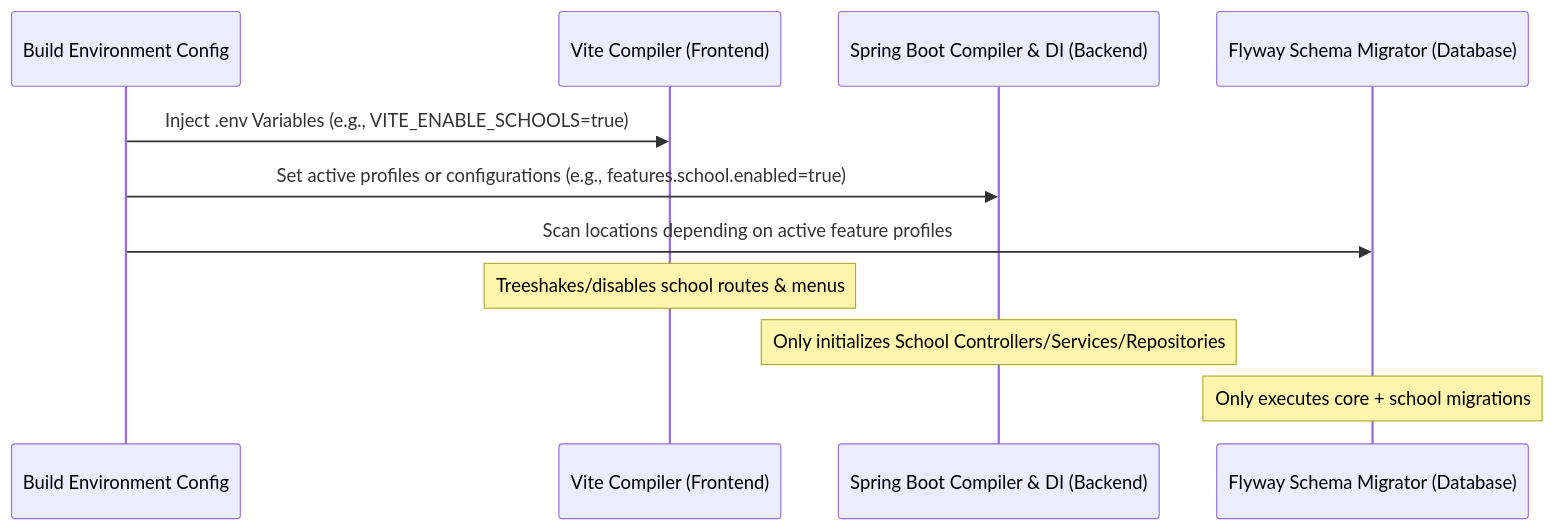
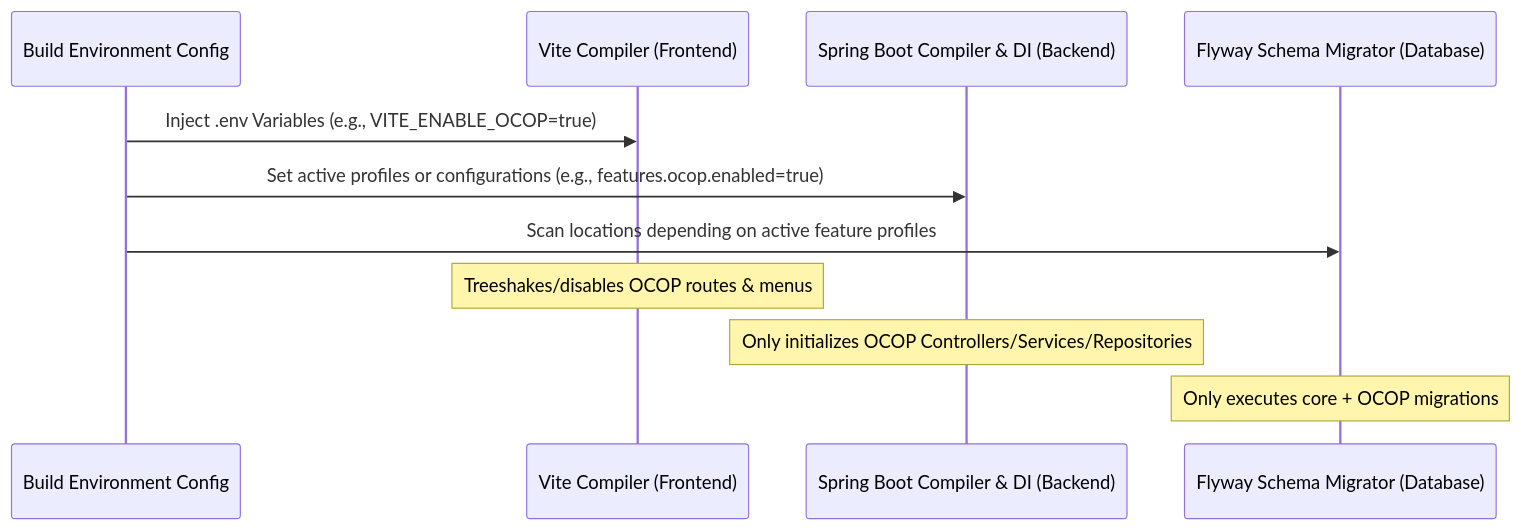
The second of 2 diagrams in docs/en/ARCHITECTURE SPECIFICATION.md (GMIOS25/WEB-GIS-TEMPLATE), drawn with Mermaid before and after one commit. The commit also changed other lines of this file and 4 other files, not shown here.

````diff
--- a/docs/en/ARCHITECTURE SPECIFICATION.md
+++ b/docs/en/ARCHITECTURE SPECIFICATION.md
@@ -51,15 +53,15 @@
 ```mermaid
 sequenceDiagram
     participant Config as Build Environment Config
     participant FE as Vite Compiler (Frontend)
     participant BE as Spring Boot Compiler & DI (Backend)
     participant DB as Flyway Schema Migrator (Database)
 
-    Config->>FE: Inject .env Variables (e.g., VITE_ENABLE_SCHOOLS=true)
-    Config->>BE: Set active profiles or configurations (e.g., features.school.enabled=true)
+    Config->>FE: Inject .env Variables (e.g., VITE_ENABLE_OCOP=true)
+    Config->>BE: Set active profiles or configurations (e.g., features.ocop.enabled=true)
     Config->>DB: Scan locations depending on active feature profiles
 
-    Note over FE: Treeshakes/disables school routes & menus
-    Note over BE: Only initializes School Controllers/Services/Repositories
-    Note over DB: Only executes core + school migrations
+    Note over FE: Treeshakes/disables OCOP routes & menus
+    Note over BE: Only initializes OCOP Controllers/Services/Repositories
+    Note over DB: Only executes core + OCOP migrations
 ```
````
